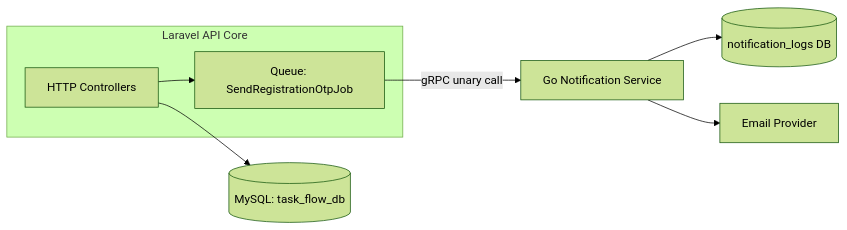
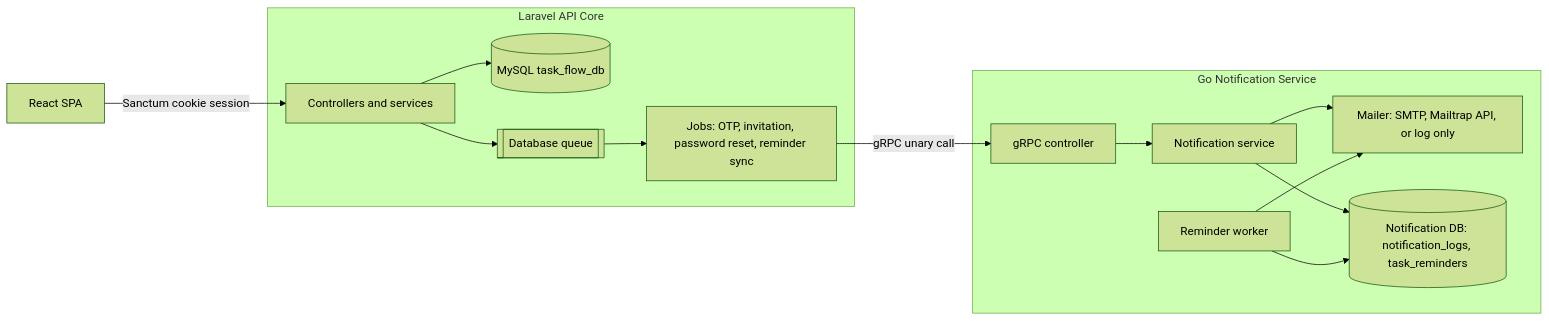
Before and after one commit to rinooktavianridwan/TaskFlow: the first of 6 diagrams in README.md, drawn with Mermaid (forest theme). The commit also changed other lines of this file and 5 other files, not shown here.

````diff
--- a/README.md
+++ b/README.md
@@ -20,10 +30,17 @@
 ```mermaid
 flowchart LR
-    subgraph Laravel API Core
-        A[HTTP Controllers] --> B[Queue: SendRegistrationOtpJob]
+    FE[React SPA] -- Sanctum cookie session --> API
+    subgraph Laravel["Laravel API Core"]
+        API[Controllers and services] --> DB[(MySQL task_flow_db)]
+        API --> Q[[Database queue]]
+        Q --> J[Jobs: OTP, invitation, password reset, reminder sync]
     end
-    B -- gRPC unary call --> C[Go Notification Service]
-    C --> D[(notification_logs DB)]
-    C --> E[Email Provider]
-    A --> F[(MySQL: task_flow_db)]
+    J -- gRPC unary call --> G
+    subgraph Go["Go Notification Service"]
+        G[gRPC controller] --> S[Notification service]
+        S --> M[Mailer: SMTP, Mailtrap API, or log only]
+        S --> R[("Notification DB: notification_logs, task_reminders")]
+        W[Reminder worker] --> R
+        W --> M
+    end
 ```
````
